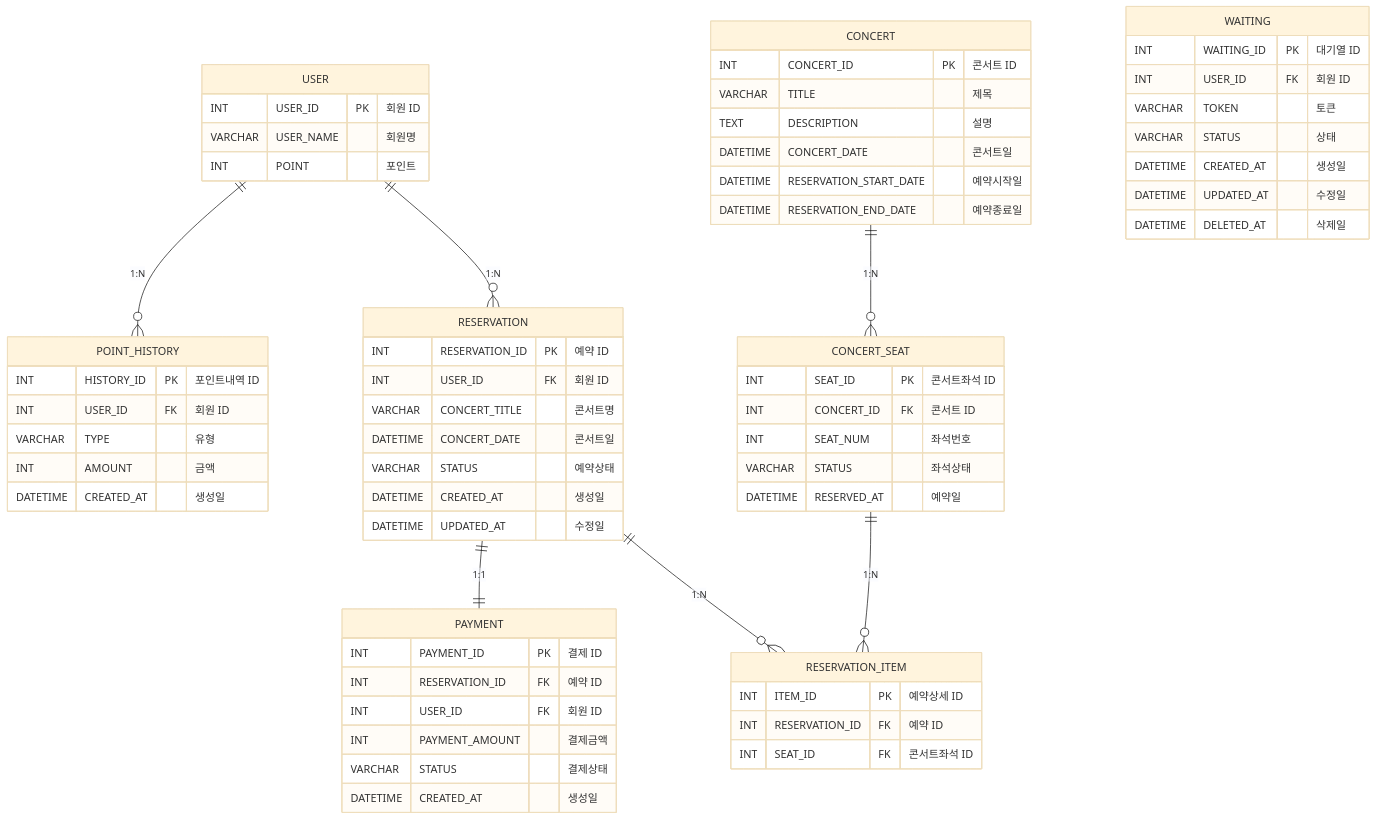
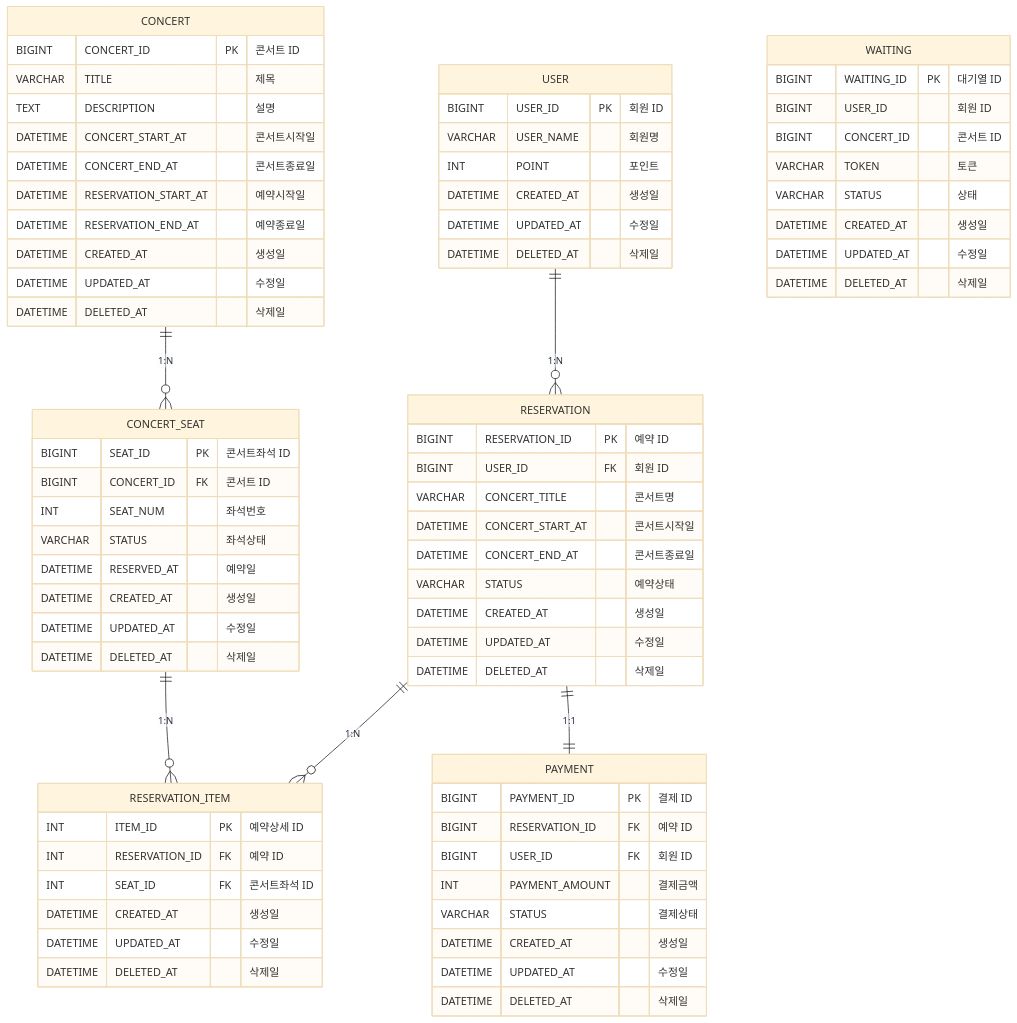
One commit to hyunn12/concert-reservation changed the diagram in docs/ERD.md. Above: the diagram before and after it, drawn with Mermaid (base theme). The commit also changed 1 other file, not shown here.

Commit message:
refactor: PK data type 변경 INT -> BIGINT [#4]

````diff
--- a/docs/ERD.md
+++ b/docs/ERD.md
@@ -3,64 +3,75 @@
 ```mermaid
 erDiagram
     USER {
-        INT USER_ID PK "회원 ID"
+        BIGINT USER_ID PK "회원 ID"
         VARCHAR USER_NAME "회원명"
         INT POINT "포인트"
+        DATETIME CREATED_AT "생성일"
+        DATETIME UPDATED_AT "수정일"
+        DATETIME DELETED_AT "삭제일"
     }
 
-    POINT_HISTORY {
-        INT HISTORY_ID PK "포인트내역 ID"
-        INT USER_ID FK "회원 ID"
-        VARCHAR TYPE "유형"
-        INT AMOUNT "금액"
-        DATETIME CREATED_AT "생성일"
-    }
 
     CONCERT {
-        INT CONCERT_ID PK "콘서트 ID"
+        BIGINT CONCERT_ID PK "콘서트 ID"
         VARCHAR TITLE "제목"
         TEXT DESCRIPTION "설명"
-        DATETIME CONCERT_DATE "콘서트일"
-        DATETIME RESERVATION_START_DATE "예약시작일"
-        DATETIME RESERVATION_END_DATE "예약종료일"
+        DATETIME CONCERT_START_AT "콘서트시작일"
+        DATETIME CONCERT_END_AT "콘서트종료일"
+        DATETIME RESERVATION_START_AT "예약시작일"
+        DATETIME RESERVATION_END_AT "예약종료일"
+        DATETIME CREATED_AT "생성일"
+        DATETIME UPDATED_AT "수정일"
+        DATETIME DELETED_AT "삭제일"
     }
 
     CONCERT_SEAT {
-        INT SEAT_ID PK "콘서트좌석 ID"
-        INT CONCERT_ID FK "콘서트 ID"
+        BIGINT SEAT_ID PK "콘서트좌석 ID"
+        BIGINT CONCERT_ID FK "콘서트 ID"
         INT SEAT_NUM "좌석번호"
         VARCHAR STATUS "좌석상태"
         DATETIME RESERVED_AT "예약일"
+        DATETIME CREATED_AT "생성일"
+        DATETIME UPDATED_AT "수정일"
+        DATETIME DELETED_AT "삭제일"
     }
 
     RESERVATION {
-        INT RESERVATION_ID PK "예약 ID"
-        INT USER_ID FK "회원 ID"
+        BIGINT RESERVATION_ID PK "예약 ID"
+        BIGINT USER_ID FK "회원 ID"
         VARCHAR CONCERT_TITLE "콘서트명"
-        DATETIME CONCERT_DATE "콘서트일"
+        DATETIME CONCERT_START_AT "콘서트시작일"
+        DATETIME CONCERT_END_AT "콘서트종료일"
         VARCHAR STATUS "예약상태"
         DATETIME CREATED_AT "생성일"
         DATETIME UPDATED_AT "수정일"
+        DATETIME DELETED_AT "삭제일"
     }
 
     RESERVATION_ITEM {
         INT ITEM_ID PK "예약상세 ID"
         INT RESERVATION_ID FK "예약 ID"
         INT SEAT_ID FK "콘서트좌석 ID"
+        DATETIME CREATED_AT "생성일"
+        DATETIME UPDATED_AT "수정일"
+        DATETIME DELETED_AT "삭제일"
     }
 
     PAYMENT {
-        INT PAYMENT_ID PK "결제 ID"
-        INT RESERVATION_ID FK "예약 ID"
-        INT USER_ID FK "회원 ID"
+        BIGINT PAYMENT_ID PK "결제 ID"
+        BIGINT RESERVATION_ID FK "예약 ID"
+        BIGINT USER_ID FK "회원 ID"
         INT PAYMENT_AMOUNT "결제금액"
         VARCHAR STATUS "결제상태"
         DATETIME CREATED_AT "생성일"
+        DATETIME UPDATED_AT "수정일"
+        DATETIME DELETED_AT "삭제일"
     }
 
     WAITING {
-        INT WAITING_ID PK "대기열 ID"
-        INT USER_ID FK "회원 ID"
+        BIGINT WAITING_ID PK "대기열 ID"
+        BIGINT USER_ID "회원 ID"
+        BIGINT CONCERT_ID "콘서트 ID"
         VARCHAR TOKEN "토큰"
         VARCHAR STATUS "상태"
         DATETIME CREATED_AT "생성일"
@@ -68,7 +79,6 @@
         DATETIME DELETED_AT "삭제일"
     }
 
-    USER ||--o{ POINT_HISTORY : "1:N"
     USER ||--o{ RESERVATION : "1:N"
     RESERVATION ||--o{ RESERVATION_ITEM : "1:N"
     RESERVATION ||--|| PAYMENT : "1:1"
````
